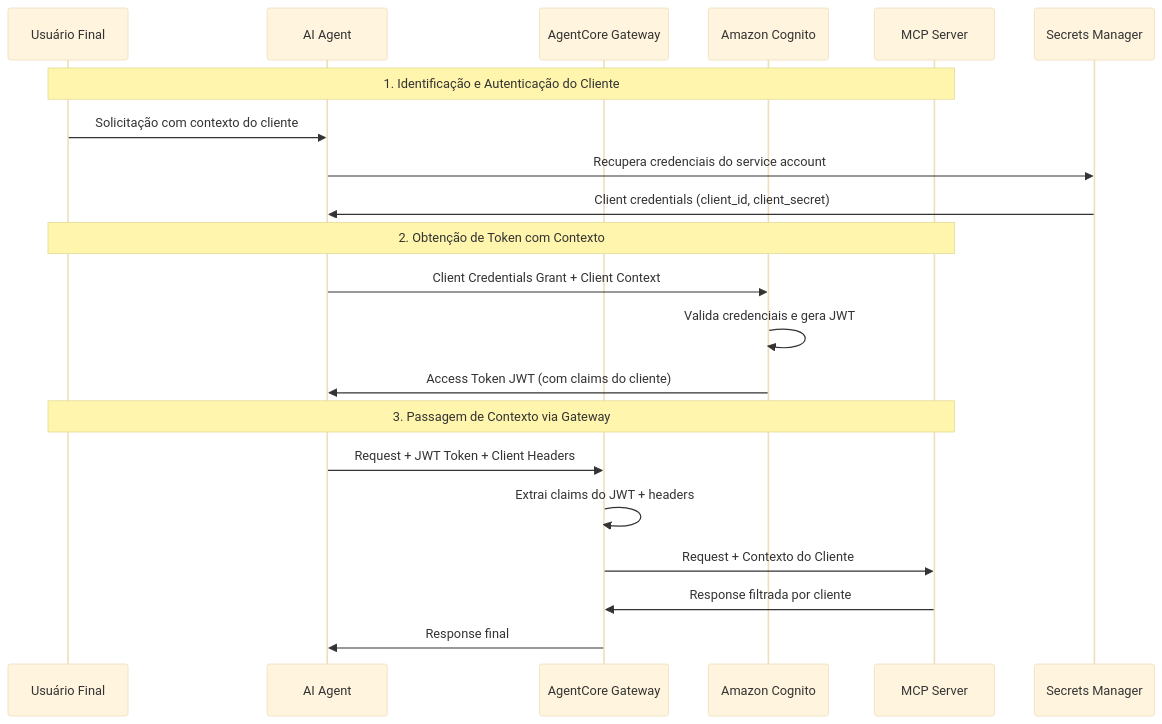
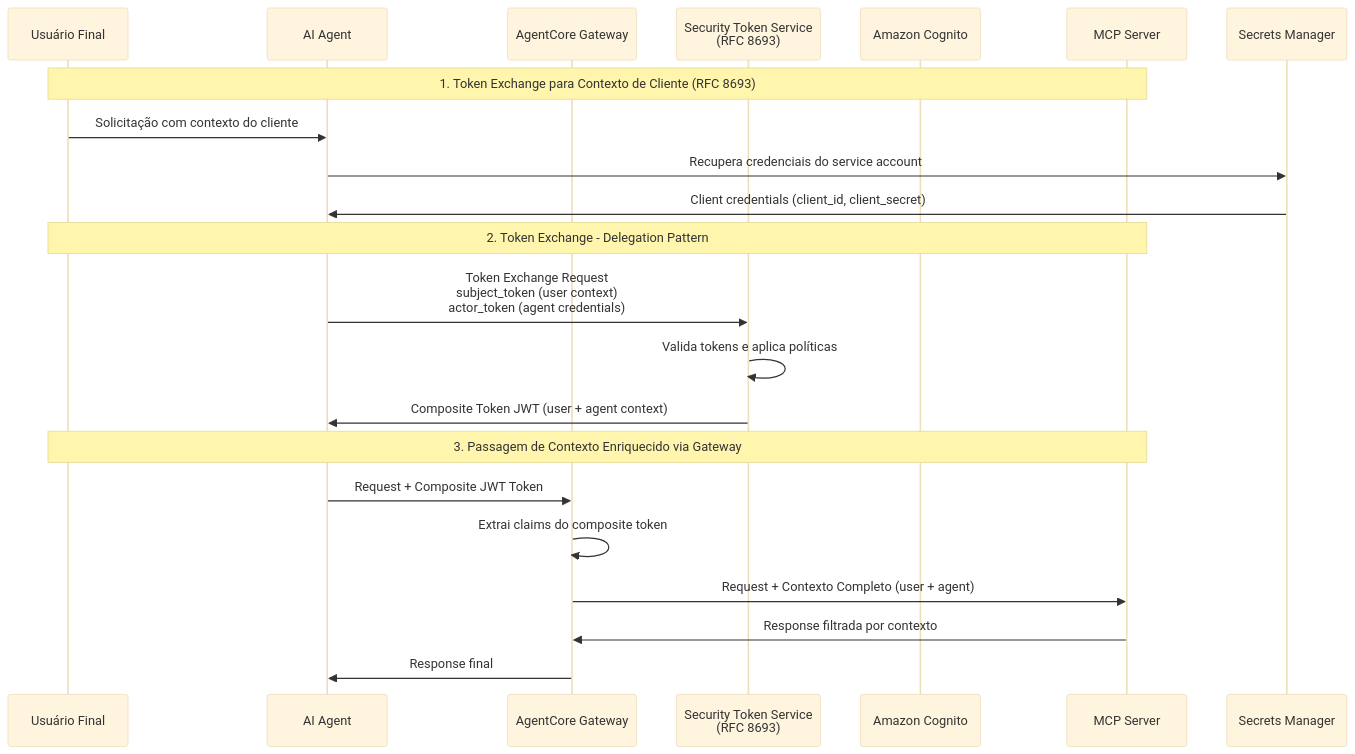
The tenth of 28 diagrams in README.md (thiagodavala/ai-foundation-arch), drawn with Mermaid (base theme) before and after one commit. The commit also changed other lines of this file, not shown here.

````diff
--- a/README.md
+++ b/README.md
@@ -791,26 +791,27 @@
 ```mermaid
 sequenceDiagram
     participant User as Usuário Final
     participant Agent as AI Agent
     participant Gateway as AgentCore Gateway
+    participant STS as Security Token Service<br/>(RFC 8693)
     participant Cognito as Amazon Cognito
     participant MCP as MCP Server
     participant SM as Secrets Manager
     
-    Note over User, MCP: 1. Identificação e Autenticação do Cliente
+    Note over User, MCP: 1. Token Exchange para Contexto de Cliente (RFC 8693)
     User->>Agent: Solicitação com contexto do cliente
     Agent->>SM: Recupera credenciais do service account
     SM->>Agent: Client credentials (client_id, client_secret)
     
-    Note over User, MCP: 2. Obtenção de Token com Contexto
-    Agent->>Cognito: Client Credentials Grant + Client Context
-    Cognito->>Cognito: Valida credenciais e gera JWT
-    Cognito->>Agent: Access Token JWT (com claims do cliente)
+    Note over User, MCP: 2. Token Exchange - Delegation Pattern
+    Agent->>STS: Token Exchange Request<br/>subject_token (user context)<br/>actor_token (agent credentials)
+    STS->>STS: Valida tokens e aplica políticas
+    STS->>Agent: Composite Token JWT (user + agent context)
     
-    Note over User, MCP: 3. Passagem de Contexto via Gateway
-    Agent->>Gateway: Request + JWT Token + Client Headers
-    Gateway->>Gateway: Extrai claims do JWT + headers
-    Gateway->>MCP: Request + Contexto do Cliente
-    MCP->>Gateway: Response filtrada por cliente
+    Note over User, MCP: 3. Passagem de Contexto Enriquecido via Gateway
+    Agent->>Gateway: Request + Composite JWT Token
+    Gateway->>Gateway: Extrai claims do composite token
+    Gateway->>MCP: Request + Contexto Completo (user + agent)
+    MCP->>Gateway: Response filtrada por contexto
     Gateway->>Agent: Response final
 ```
````
